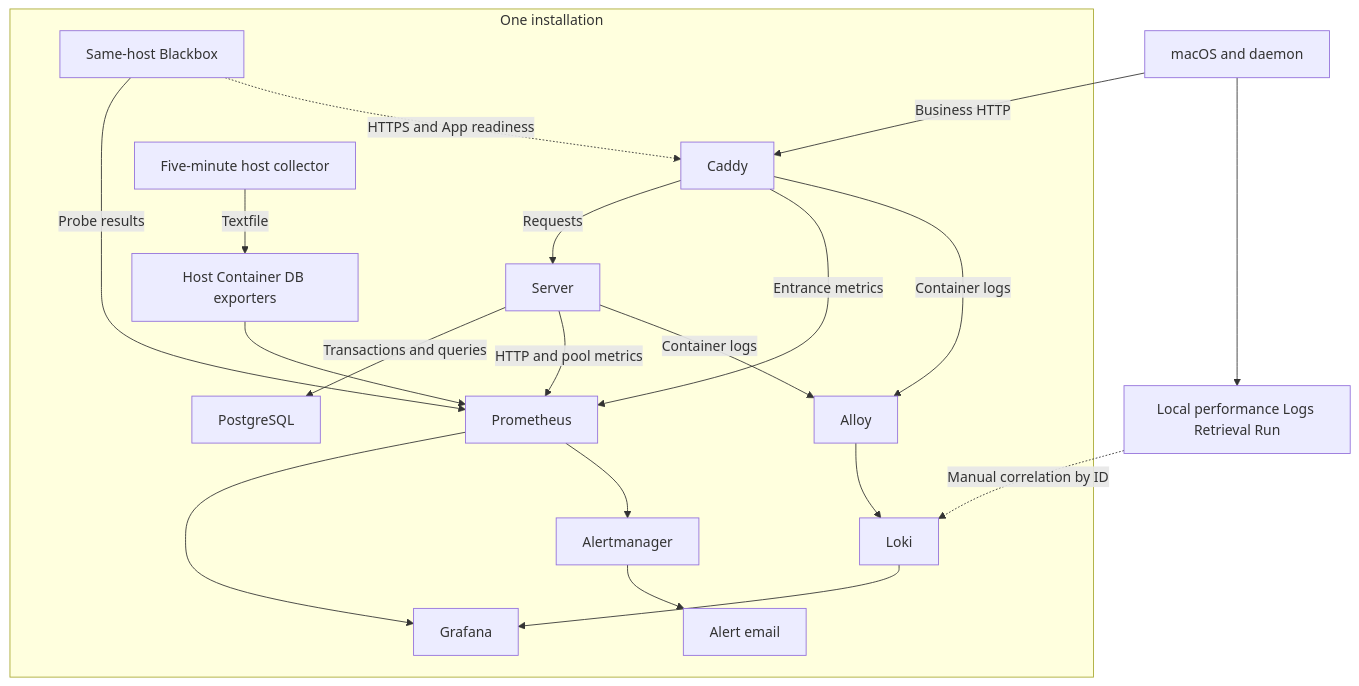
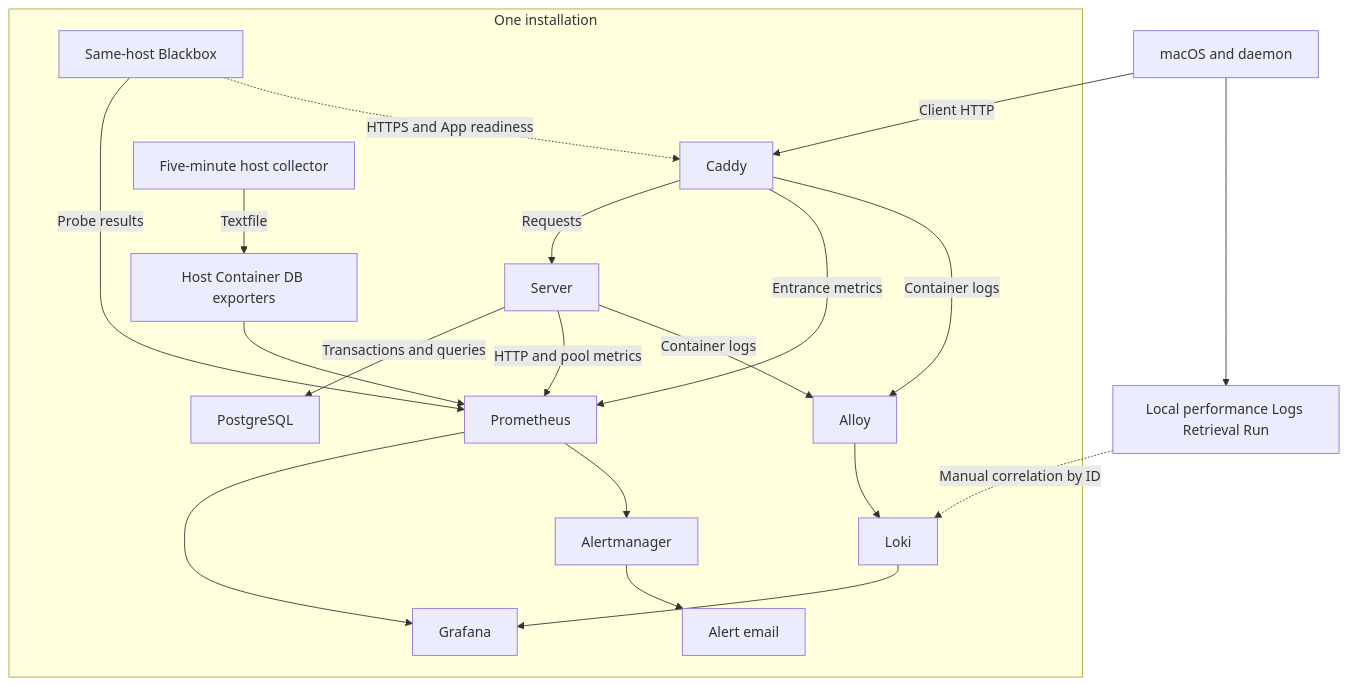
One commit to lilhammerfun/clumsies changed the diagram in docs/performance/observability-plan.md. Above: the diagram before and after it, drawn with Mermaid. The commit also changed other lines of this file and 16 other files, not shown here.

````diff
--- a/docs/performance/observability-plan.md
+++ b/docs/performance/observability-plan.md
@@ -20,23 +20,23 @@
 ```mermaid
 flowchart TB
     subgraph center["One installation"]
         Edge["Caddy"] -->|Requests| Server["Server"]
         Server -->|Transactions and queries| DB["PostgreSQL"]
         Edge -->|Entrance metrics| Prom["Prometheus"]
         Server -->|HTTP and pool metrics| Prom
         Export["Host Container DB exporters"] --> Prom
         Timer["Five-minute host collector"] -->|Textfile| Export
         Probe["Same-host Blackbox"] -->|Probe results| Prom
         Probe -.->|HTTPS and App readiness| Edge
         Edge -->|Container logs| Alloy["Alloy"]
         Server -->|Container logs| Alloy
         Alloy --> Loki["Loki"]
         Prom --> Grafana["Grafana"]
         Loki --> Grafana
         Prom --> AM["Alertmanager"]
         AM --> Mail["Alert email"]
     end
-    App["macOS and daemon"] -->|Business HTTP| Edge
+    App["macOS and daemon"] -->|Client HTTP| Edge
     App --> Local["Local performance Logs Retrieval Run"]
     Local -.->|Manual correlation by ID| Loki
 ```
````
